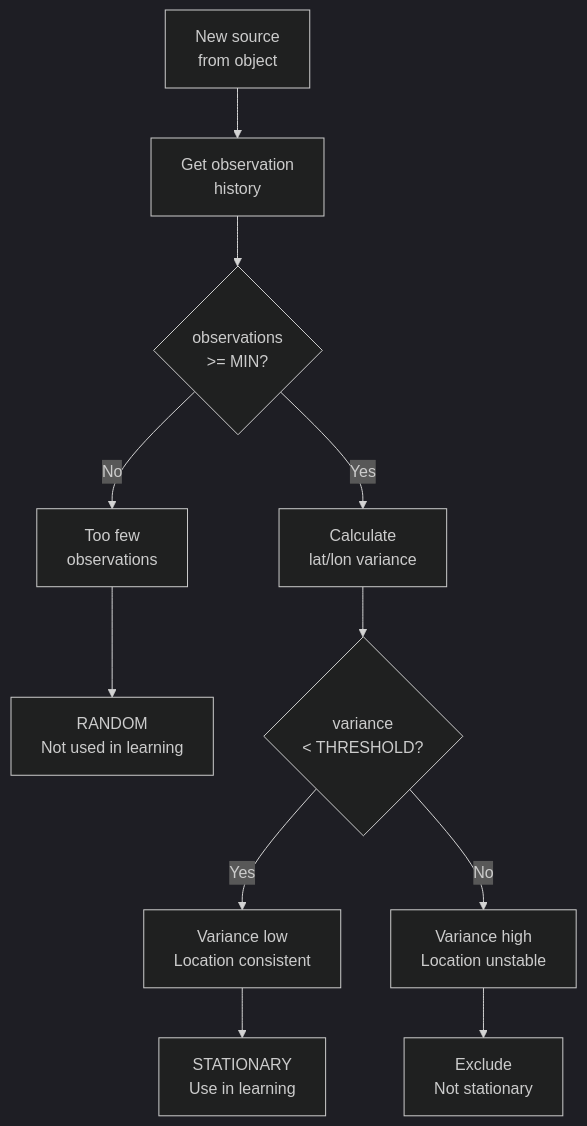
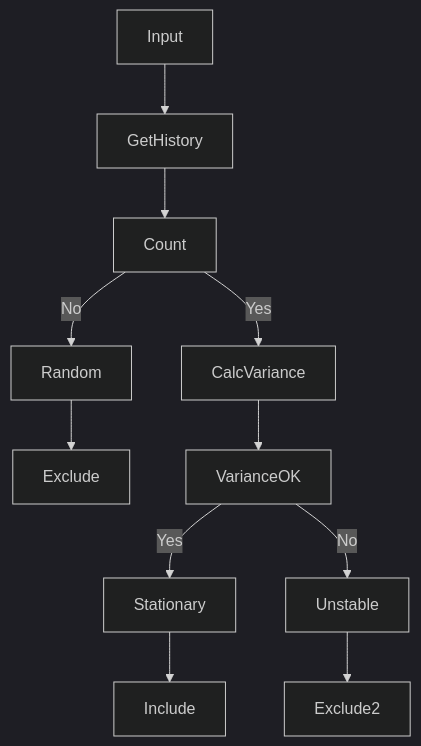
One commit to hzname/coordinate-validator changed the third of 3 diagrams in docs/learning-model.md. Above: the diagram before and after it, drawn with Mermaid (dark theme). The commit also changed other lines of this file, not shown here.

````diff
--- a/docs/learning-model.md
+++ b/docs/learning-model.md
@@ -135,19 +210,19 @@
 ```mermaid
 flowchart TD
-    Input[New source<br/>from object] --> GetHistory[Get observation<br/>history]
+    Input --> GetHistory
     
-    GetHistory --> Count{observations<br/>>= MIN?}
+    GetHistory --> Count
     
-    Count -->|No| Random[Too few<br/>observations]
-    Random --> Exclude[RANDOM<br/>Not used in learning]
+    Count -->|No| Random
+    Random --> Exclude
     
-    Count -->|Yes| CalcVariance[Calculate<br/>lat/lon variance]
+    Count -->|Yes| CalcVariance
     
-    CalcVariance --> VarianceOK{variance<br/>< THRESHOLD?}
+    CalcVariance --> VarianceOK
     
-    VarianceOK -->|Yes| Stationary[Variance low<br/>Location consistent]
-    VarianceOK -->|No| Unstable[Variance high<br/>Location unstable]
+    VarianceOK -->|Yes| Stationary
+    VarianceOK -->|No| Unstable
     
-    Stationary --> Include[STATIONARY<br/>Use in learning]
-    Unstable --> Exclude2[Exclude<br/>Not stationary]
+    Stationary --> Include
+    Unstable --> Exclude2
 ```
````
